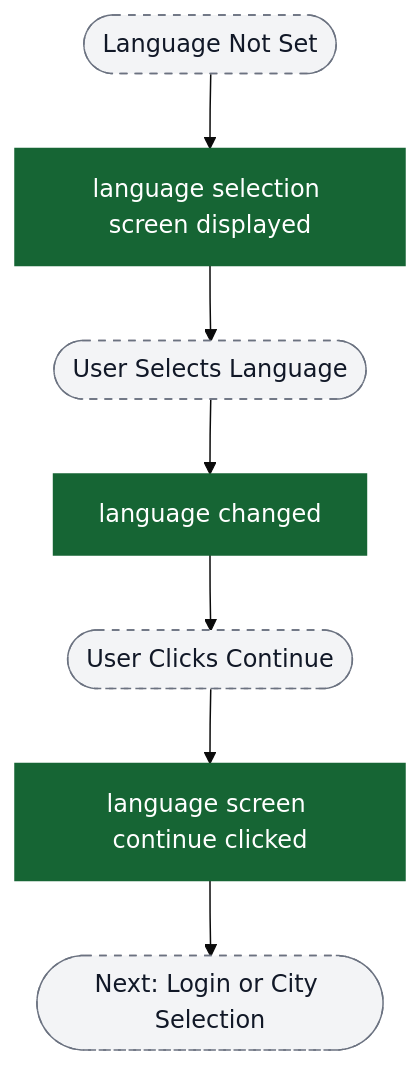
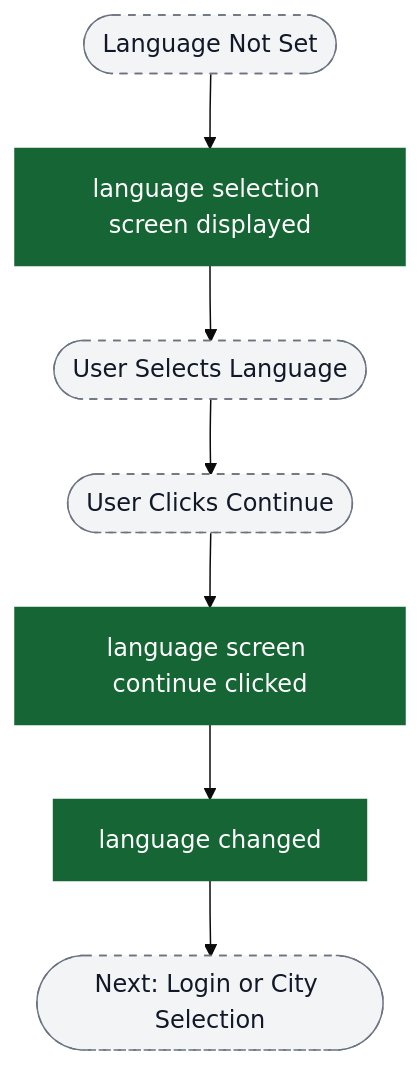
Before and after one commit to ratulsarna/chalo-app-dashboard: the fourth of 10 diagrams in content/analytics/onboarding/flow-diagrams.md, drawn with Mermaid (base theme). The commit also changed other lines of this file and 6 other files, not shown here.

Commit message:
feat(analytics): update flow mappings, enhance event definitions, and improve validation logic

````diff
--- a/content/analytics/onboarding/flow-diagrams.md
+++ b/content/analytics/onboarding/flow-diagrams.md
@@ -125,19 +126,18 @@
 ```mermaid
 flowchart TD
   ui_needLanguage([Language Not Set]) --> ev_langDisplay["language selection screen displayed"]
 
   ev_langDisplay --> ui_userSelectsLang([User Selects Language])
-  ui_userSelectsLang --> ev_langChanged["language changed"]
+  ui_userSelectsLang --> ui_clickContinue([User Clicks Continue])
+  ui_clickContinue --> ev_langContinue["language screen continue clicked"]
+  ev_langContinue --> ev_langChanged["language changed"]
 
-  ev_langChanged --> ui_clickContinue([User Clicks Continue])
-  ui_clickContinue --> ev_langContinue["language screen continue clicked"]
-
-  ev_langContinue --> ui_nextScreen([Next: Login or City Selection])
+  ev_langChanged --> ui_nextScreen([Next: Login or City Selection])
 
   classDef event fill:#166534,stroke:#166534,color:#ffffff;
   classDef ui fill:#f3f4f6,stroke:#6b7280,stroke-dasharray: 5 5,color:#111827;
   classDef external fill:#ffffff,stroke:#6b7280,stroke-dasharray: 3 3,color:#111827;
 
   class ev_langDisplay,ev_langChanged,ev_langContinue event;
   class ui_needLanguage,ui_userSelectsLang,ui_clickContinue,ui_nextScreen ui;
 ```
````
